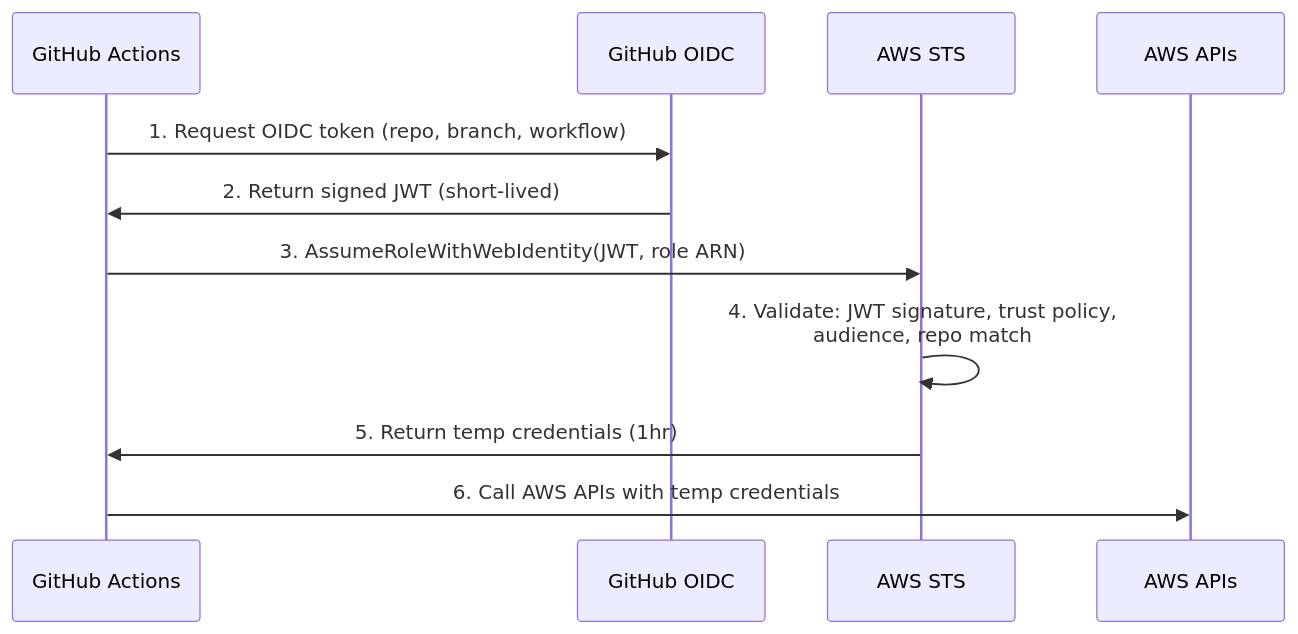
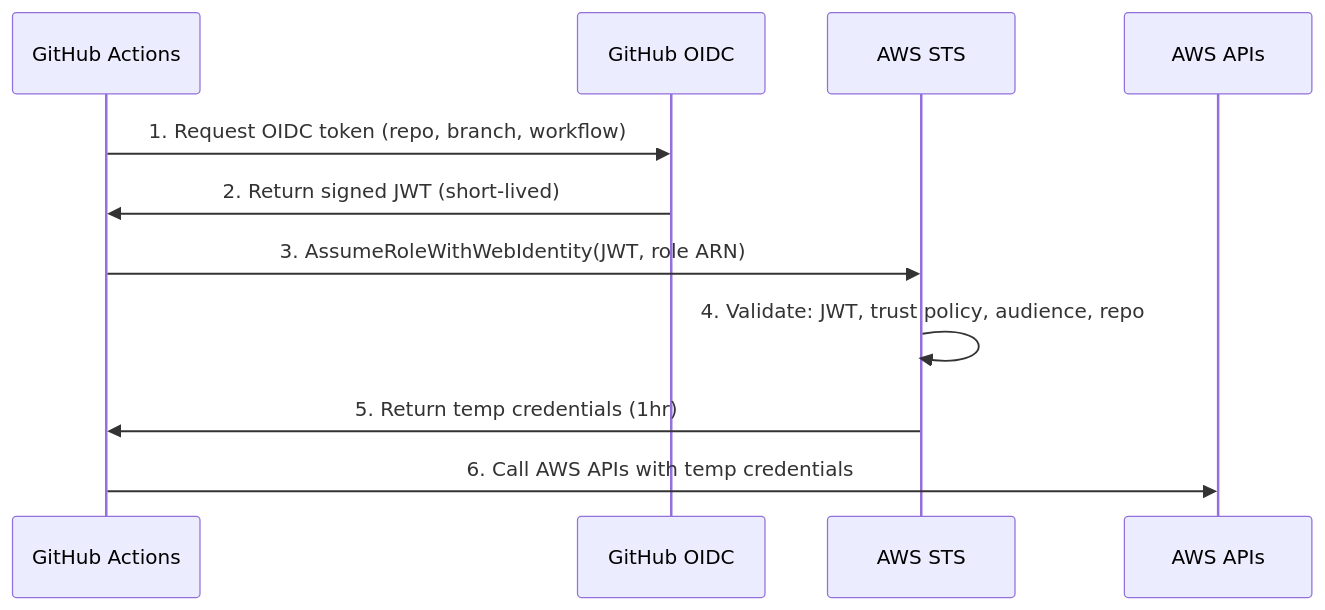
One commit to wlevan3/ml-platform-engineering-practicum changed the diagram in docs/AWS_OIDC_SETUP.md. Above: the diagram before and after it, drawn with Mermaid. The commit also changed other lines of this file and 5 other files, not shown here.

````diff
--- a/docs/AWS_OIDC_SETUP.md
+++ b/docs/AWS_OIDC_SETUP.md
@@ -50,14 +51,14 @@
 ```mermaid
 sequenceDiagram
     participant GHA as GitHub Actions
     participant OIDC as GitHub OIDC
     participant STS as AWS STS
     participant AWS as AWS APIs
 
     GHA->>OIDC: 1. Request OIDC token (repo, branch, workflow)
     OIDC->>GHA: 2. Return signed JWT (short-lived)
     GHA->>STS: 3. AssumeRoleWithWebIdentity(JWT, role ARN)
-    STS->>STS: 4. Validate: JWT signature, trust policy,<br/>audience, repo match
+    STS->>STS: 4. Validate: JWT, trust policy, audience, repo
     STS->>GHA: 5. Return temp credentials (1hr)
     GHA->>AWS: 6. Call AWS APIs with temp credentials
 ```
````
